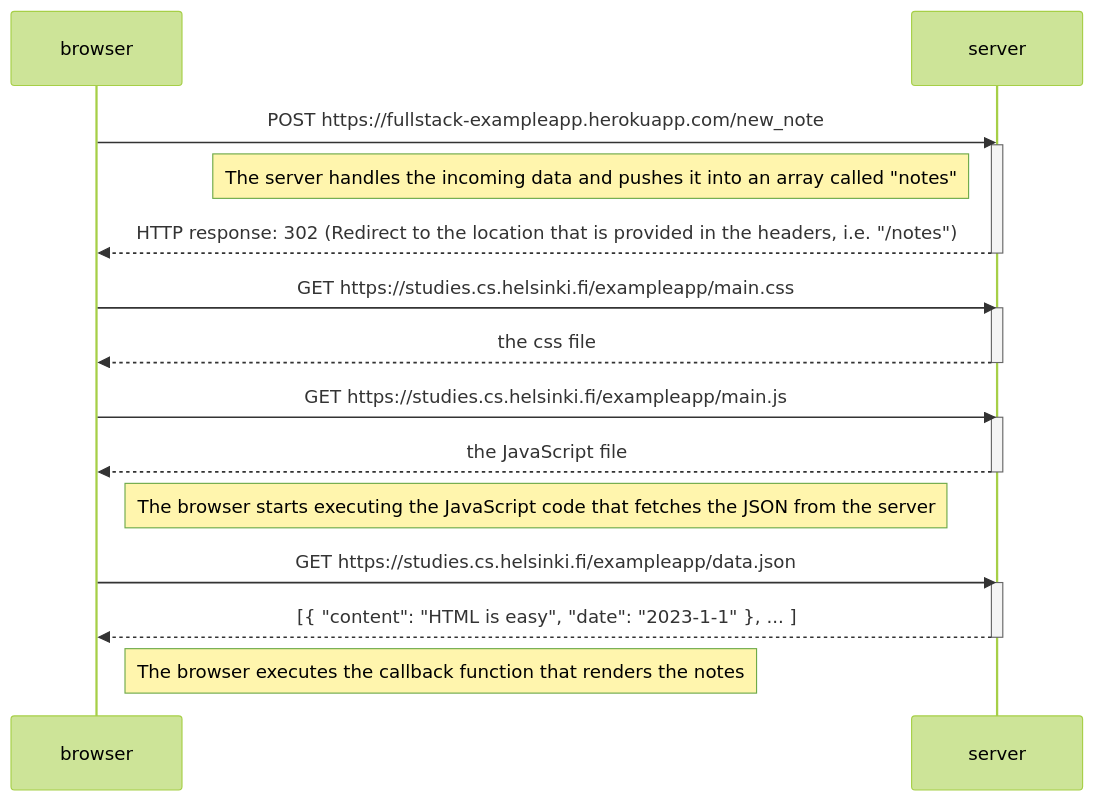
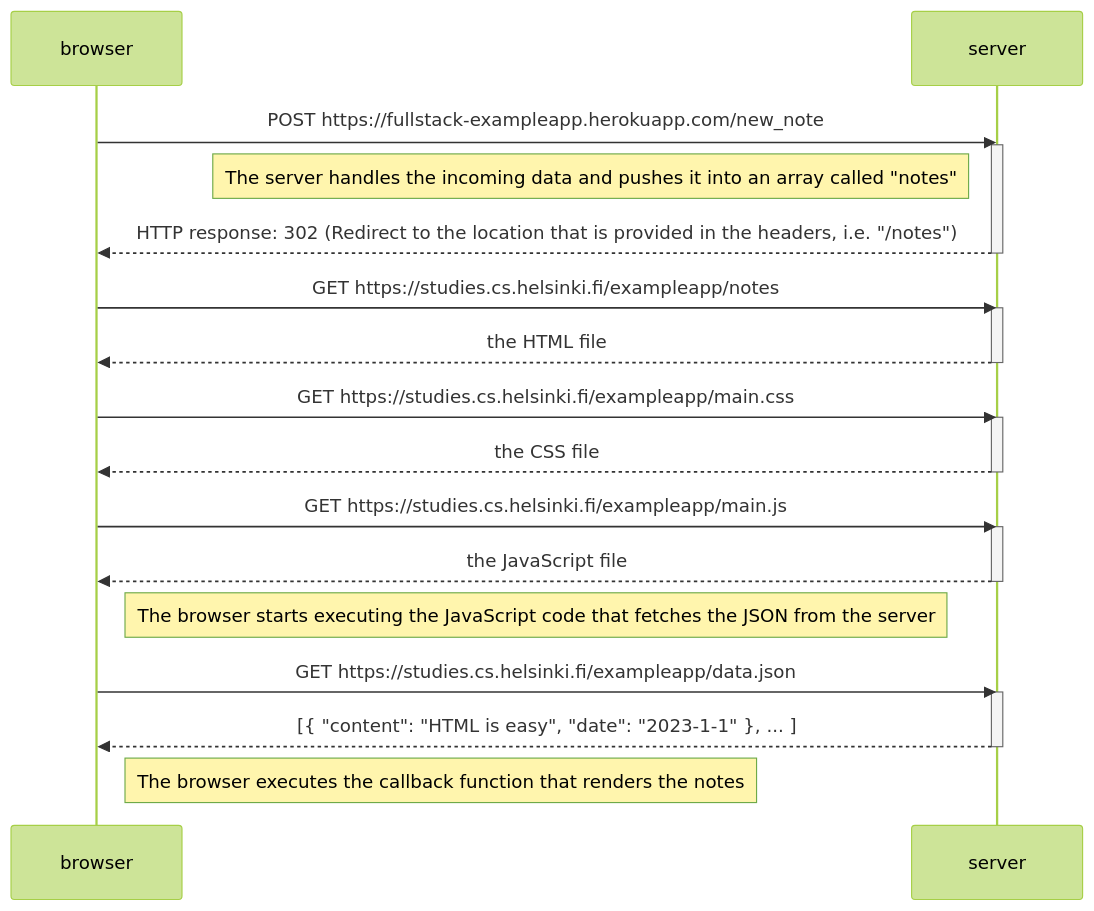
The diagram in osa0/0.4_uusi_muistiinpano.md (ohinkinen/Fullstackopen), drawn with Mermaid (forest theme) before and after one commit.

````diff
--- a/osa0/0.4_uusi_muistiinpano.md
+++ b/osa0/0.4_uusi_muistiinpano.md
@@ -1,34 +1,39 @@
 ```mermaid
 sequenceDiagram
     participant browser
     participant server
     
     browser->>server: POST https://fullstack-exampleapp.herokuapp.com/new_note
     activate server
 
     Note left of server: The server handles the incoming data and pushes it into an array called "notes"
 
     server-->>browser: HTTP response: 302 (Redirect to the location that is provided in the headers, i.e. "/notes")
     deactivate server
 
     
     
+    browser->>server: GET https://studies.cs.helsinki.fi/exampleapp/notes
+    activate server
+    server-->>browser: the HTML file
+    deactivate server
+    
     browser->>server: GET https://studies.cs.helsinki.fi/exampleapp/main.css
     activate server
-    server-->>browser: the css file
+    server-->>browser: the CSS file
     deactivate server
-    
+
     browser->>server: GET https://studies.cs.helsinki.fi/exampleapp/main.js
     activate server
     server-->>browser: the JavaScript file
     deactivate server
     
     Note right of browser: The browser starts executing the JavaScript code that fetches the JSON from the server
     
     browser->>server: GET https://studies.cs.helsinki.fi/exampleapp/data.json
     activate server
     server-->>browser: [{ "content": "HTML is easy", "date": "2023-1-1" }, ... ]
     deactivate server    
 
     Note right of browser: The browser executes the callback function that renders the notes 
 ```
````
